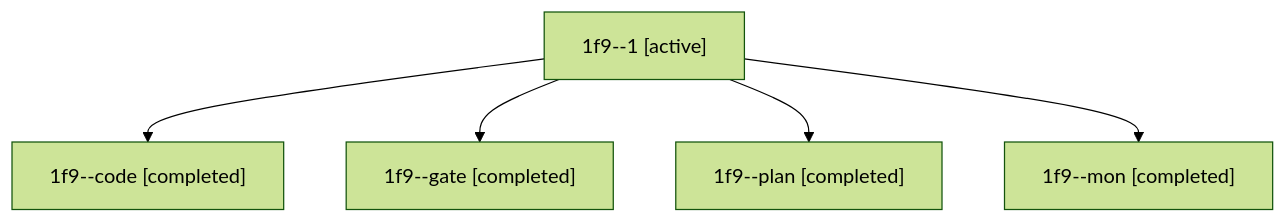
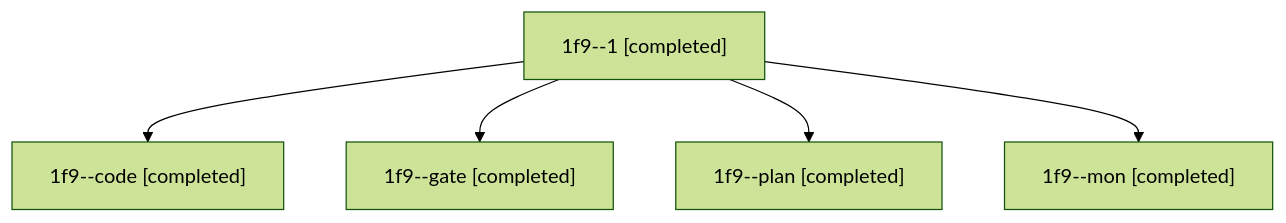
Before and after one commit to bobs-org/bob-cli--agents: the diagram in sessions/bbugyi200.athena.1f9.md, drawn with Mermaid (forest theme). The commit also changed other lines of this file and 10 other files, not shown here.

````diff
--- a/sessions/bbugyi200.athena.1f9.md
+++ b/sessions/bbugyi200.athena.1f9.md
@@ -9,12 +9,12 @@
 ```mermaid
 flowchart TD
-  n0["1f9--1 [active]"]
+  n0["1f9--1 [completed]"]
   n1["1f9--code [completed]"]
   n0 --> n1
   n2["1f9--gate [completed]"]
   n0 --> n2
   n3["1f9--plan [completed]"]
   n0 --> n3
   n4["1f9--mon [completed]"]
   n0 --> n4
 ```
````
